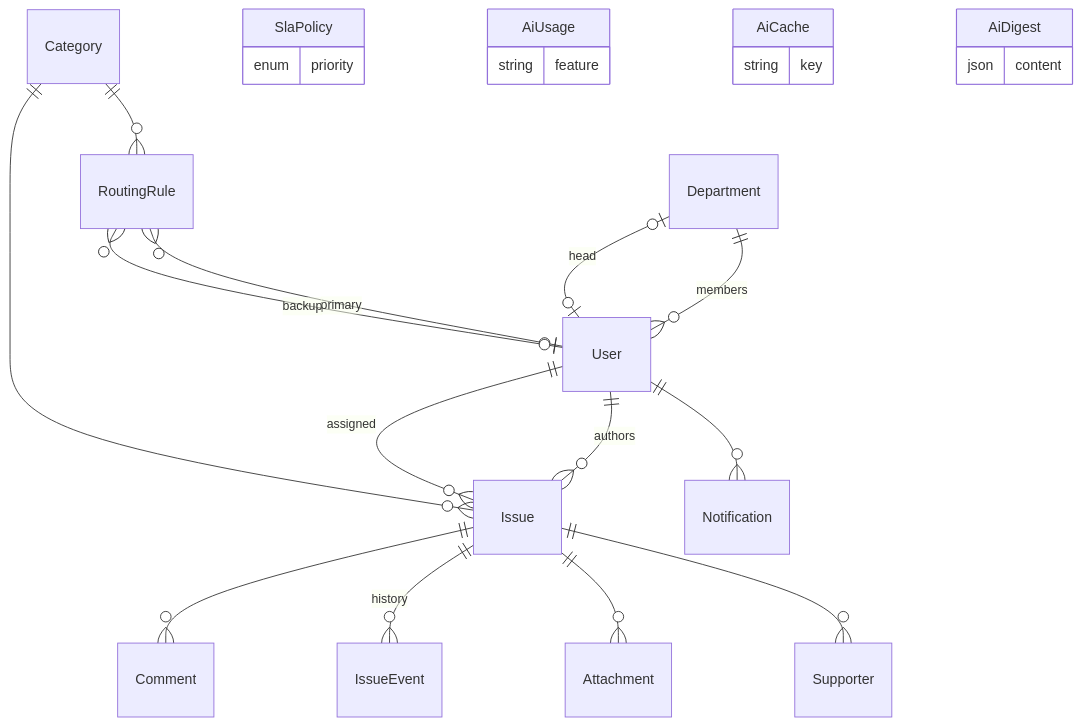
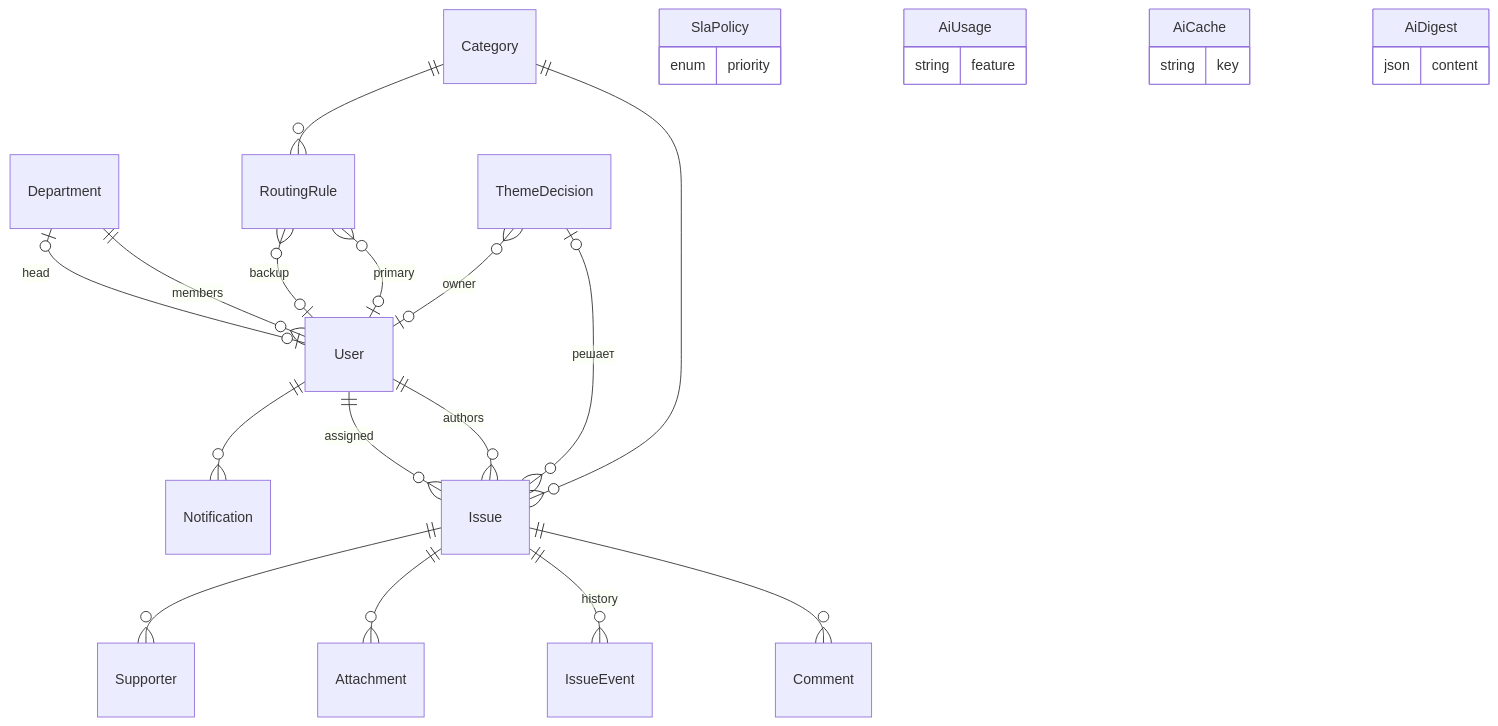
One commit to TimurK07/pulse changed the second of 2 diagrams in docs/ARCHITECTURE.md. Above: the diagram before and after it, drawn with Mermaid. The commit also changed other lines of this file and 23 other files, not shown here.

````diff
--- a/docs/ARCHITECTURE.md
+++ b/docs/ARCHITECTURE.md
@@ -50,20 +50,22 @@
 ```mermaid
 erDiagram
   Department ||--o{ User : members
   Department |o--o| User : head
   User ||--o{ Issue : authors
   User ||--o{ Issue : assigned
   Category ||--o{ Issue : ""
   Category ||--o{ RoutingRule : ""
   RoutingRule }o--o| User : primary
   RoutingRule }o--o| User : backup
   Issue ||--o{ Comment : ""
   Issue ||--o{ IssueEvent : history
   Issue ||--o{ Attachment : ""
   Issue ||--o{ Supporter : ""
   User ||--o{ Notification : ""
+  ThemeDecision |o--o{ Issue : "решает"
+  ThemeDecision }o--o| User : owner
   SlaPolicy { enum priority }
   AiUsage { string feature }
   AiCache { string key }
   AiDigest { json content }
 ```
````
